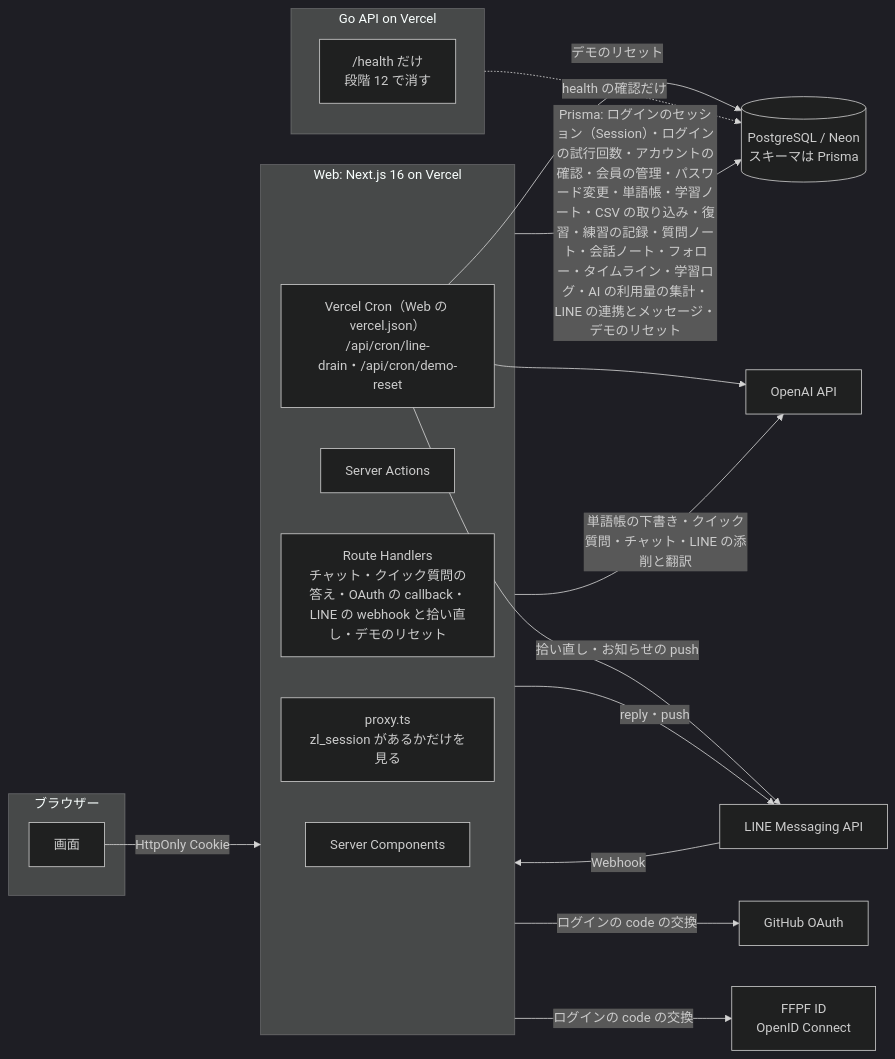
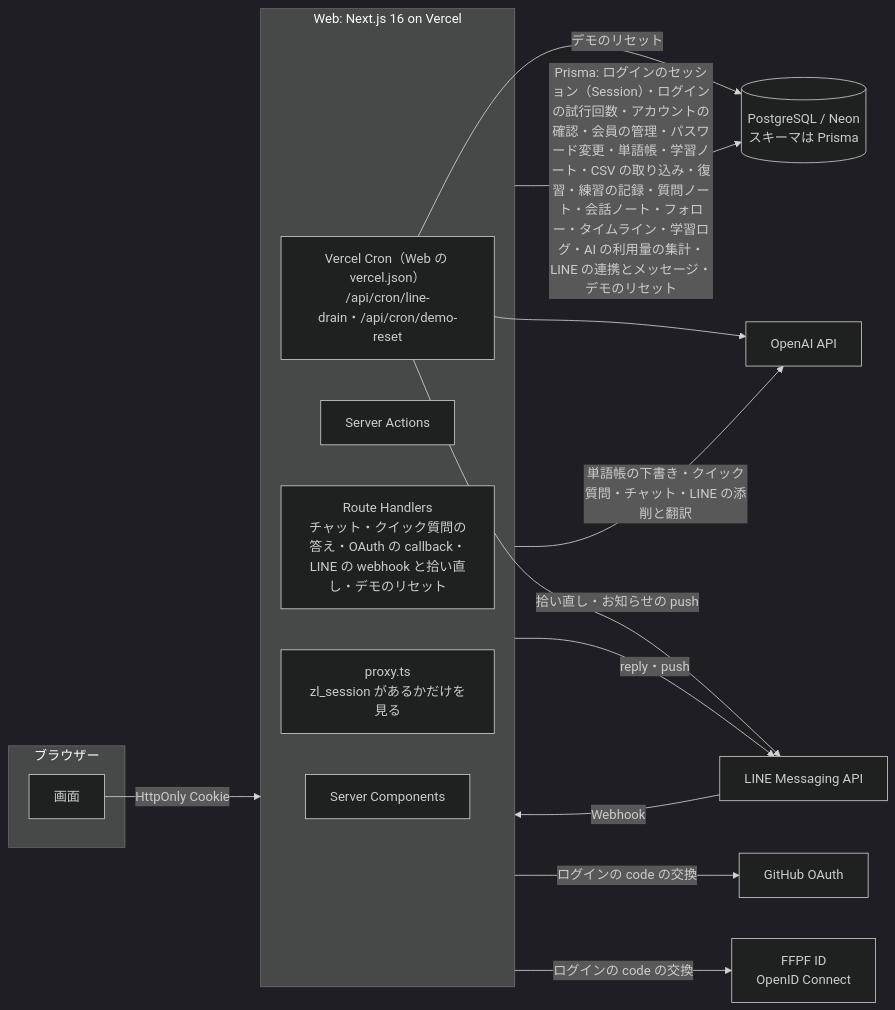
Before and after one commit to Sparklingstadt/ffpf-zhuelog: the first of 2 diagrams in docs/architecture.md, drawn with Mermaid (dark theme). The commit also changed other lines of this file and 99 other files, not shown here.

````diff
--- a/docs/architecture.md
+++ b/docs/architecture.md
@@ -7,33 +7,29 @@
 ```mermaid
 flowchart LR
   subgraph Browser[ブラウザー]
     UI[画面]
   end
   subgraph Web[Web: Next.js 16 on Vercel]
     RSC[Server Components]
     SA[Server Actions]
     RH[Route Handlers<br/>チャット・クイック質問の答え・OAuth の callback・LINE の webhook と拾い直し・デモのリセット]
     PX[proxy.ts<br/>zl_session があるかだけを見る]
     CRON[Vercel Cron（Web の vercel.json）<br/>/api/cron/line-drain・/api/cron/demo-reset]
   end
-  subgraph API[Go API on Vercel]
-    HEALTH["/health だけ<br/>段階 12 で消す"]
-  end
   DB[(PostgreSQL / Neon<br/>スキーマは Prisma)]
   OpenAI[OpenAI API]
   LINE[LINE Messaging API]
   GH[GitHub OAuth]
   FFPF[FFPF ID<br/>OpenID Connect]
 
   UI -->|HttpOnly Cookie| Web
-  API -.->|health の確認だけ| DB
   Web -->|Prisma: ログインのセッション（Session）・ログインの試行回数・アカウントの確認・会員の管理・パスワード変更・単語帳・学習ノート・CSV の取り込み・復習・練習の記録・質問ノート・会話ノート・フォロー・タイムライン・学習ログ・AI の利用量の集計・LINE の連携とメッセージ・デモのリセット| DB
   Web -->|単語帳の下書き・クイック質問・チャット・LINE の添削と翻訳| OpenAI
   LINE -->|Webhook| Web
   Web -->|reply・push| LINE
   CRON -->|拾い直し・お知らせの push| LINE
   CRON --> OpenAI
   CRON -->|デモのリセット| DB
   Web -->|ログインの code の交換| GH
   Web -->|ログインの code の交換| FFPF
 ```
````
